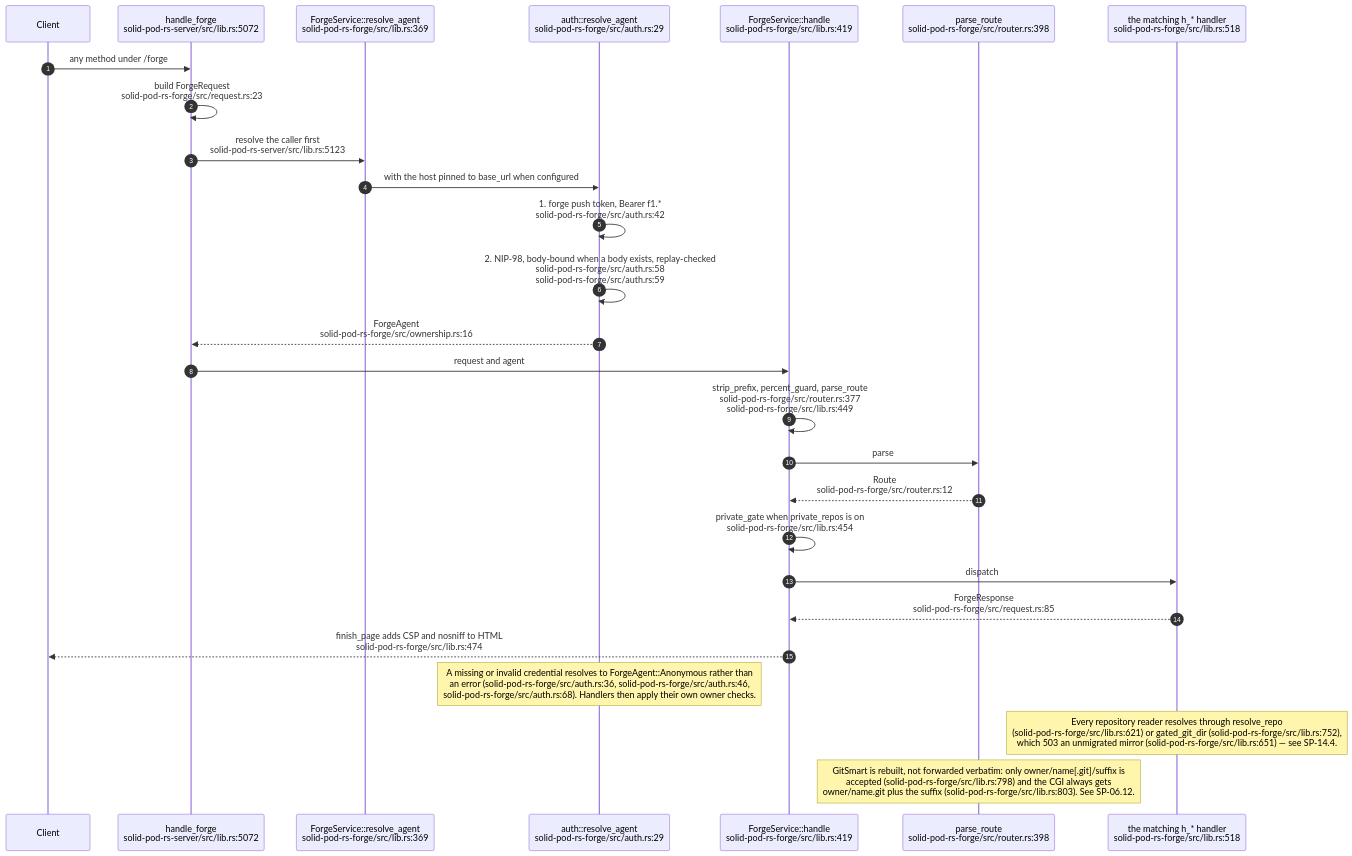
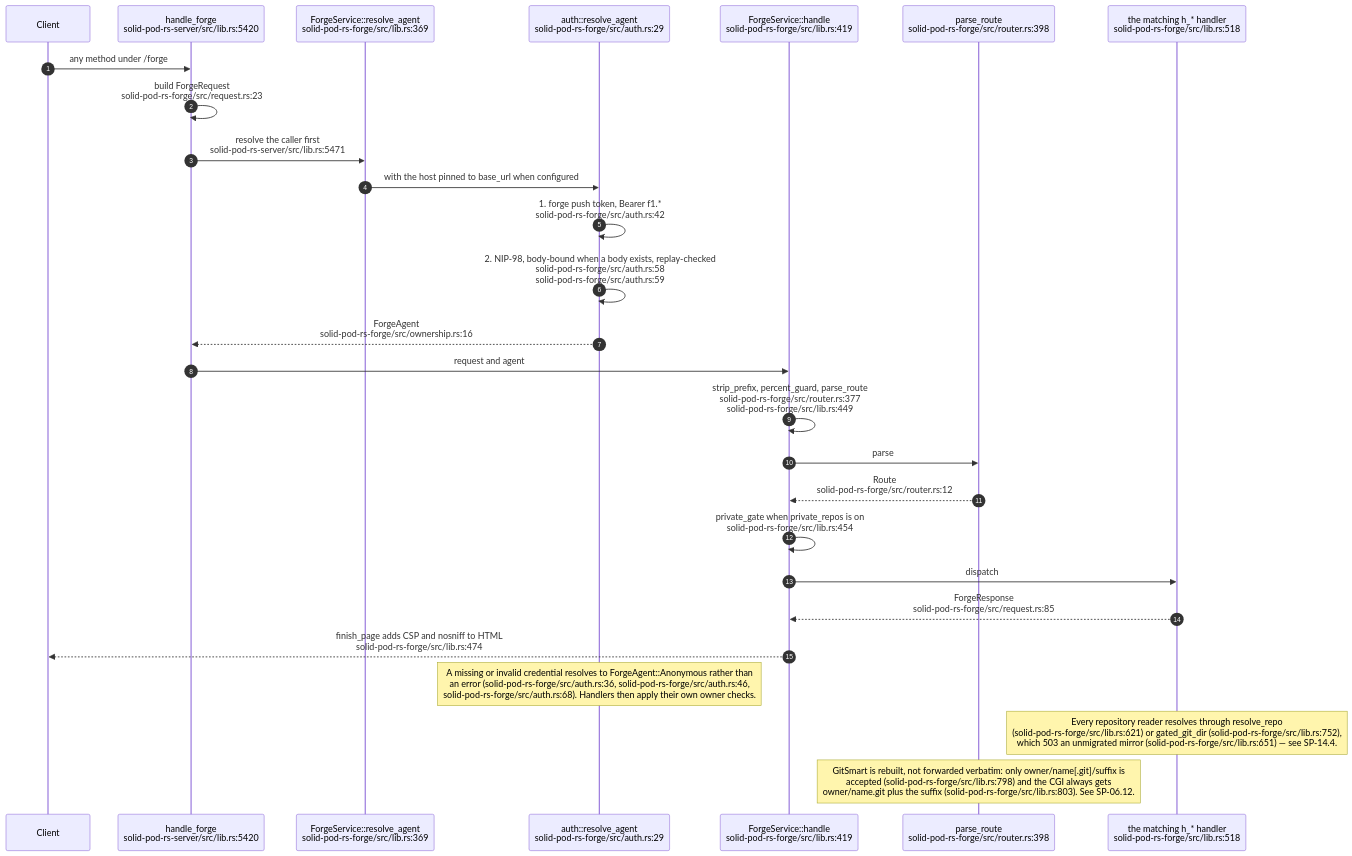
Before and after one commit to DreamLab-AI/VisionFlow: the ninth of 17 diagrams in docs/diagrams/solid-pod-rs/08-federation-notifications-forge-mcp.md, drawn with Mermaid. The commit also changed other lines of this file and 154 other files, not shown here.

First line of the commit message:
docs(diagrams): re-stamp 154 topics whose every citation still reads the same text at the current heads

````diff
--- a/docs/diagrams/solid-pod-rs/08-federation-notifications-forge-mcp.md
+++ b/docs/diagrams/solid-pod-rs/08-federation-notifications-forge-mcp.md
@@ -340,31 +340,31 @@
 ```mermaid
 sequenceDiagram
     autonumber
     participant C as Client
-    participant SRV as handle_forge<br/>solid-pod-rs-server/src/lib.rs:5072
+    participant SRV as handle_forge<br/>solid-pod-rs-server/src/lib.rs:5420
     participant RA as ForgeService::resolve_agent<br/>solid-pod-rs-forge/src/lib.rs:369
     participant A as auth::resolve_agent<br/>solid-pod-rs-forge/src/auth.rs:29
     participant F as ForgeService::handle<br/>solid-pod-rs-forge/src/lib.rs:419
     participant R as parse_route<br/>solid-pod-rs-forge/src/router.rs:398
     participant H as the matching h_* handler<br/>solid-pod-rs-forge/src/lib.rs:518
 
     C->>SRV: any method under /forge
     SRV->>SRV: build ForgeRequest<br/>solid-pod-rs-forge/src/request.rs:23
-    SRV->>RA: resolve the caller first<br/>solid-pod-rs-server/src/lib.rs:5123
+    SRV->>RA: resolve the caller first<br/>solid-pod-rs-server/src/lib.rs:5471
     RA->>A: with the host pinned to base_url when configured
     A->>A: 1. forge push token, Bearer f1.*<br/>solid-pod-rs-forge/src/auth.rs:42
     A->>A: 2. NIP-98, body-bound when a body exists, replay-checked<br/>solid-pod-rs-forge/src/auth.rs:58<br/>solid-pod-rs-forge/src/auth.rs:59
     A-->>SRV: ForgeAgent<br/>solid-pod-rs-forge/src/ownership.rs:16
     SRV->>F: request and agent
     F->>F: strip_prefix, percent_guard, parse_route<br/>solid-pod-rs-forge/src/router.rs:377<br/>solid-pod-rs-forge/src/lib.rs:449
     F->>R: parse
     R-->>F: Route<br/>solid-pod-rs-forge/src/router.rs:12
     F->>F: private_gate when private_repos is on<br/>solid-pod-rs-forge/src/lib.rs:454
     F->>H: dispatch
     H-->>F: ForgeResponse<br/>solid-pod-rs-forge/src/request.rs:85
     F-->>C: finish_page adds CSP and nosniff to HTML<br/>solid-pod-rs-forge/src/lib.rs:474
 
     Note over A: A missing or invalid credential resolves to ForgeAgent::Anonymous rather than<br/>an error (solid-pod-rs-forge/src/auth.rs:36, solid-pod-rs-forge/src/auth.rs:46,<br/>solid-pod-rs-forge/src/auth.rs:68). Handlers then apply their own owner checks.
     Note over H: Every repository reader resolves through resolve_repo<br/>(solid-pod-rs-forge/src/lib.rs:621) or gated_git_dir (solid-pod-rs-forge/src/lib.rs:752),<br/>which 503 an unmigrated mirror (solid-pod-rs-forge/src/lib.rs:651) — see SP-14.4.
     Note over R: GitSmart is rebuilt, not forwarded verbatim: only owner/name[.git]/suffix is<br/>accepted (solid-pod-rs-forge/src/lib.rs:798) and the CGI always gets<br/>owner/name.git plus the suffix (solid-pod-rs-forge/src/lib.rs:803). See SP-06.12.
 ```
````
